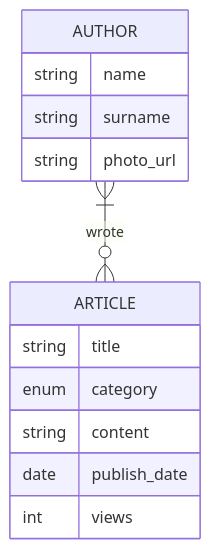
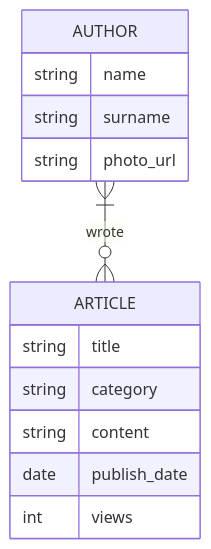
One commit to Arnasst/nereliacines-news-portal changed the first of 2 diagrams in README.md. Above: the diagram before and after it, drawn with Mermaid. The commit also changed other lines of this file and 3 other files, not shown here.

````diff
--- a/README.md
+++ b/README.md
@@ -41,20 +41,20 @@
 ```mermaid
 erDiagram
     ARTICLE {
         string title
-        enum category
+        string category
         string content
         date publish_date
         int views
     }
 
     AUTHOR {
         string name
         string surname
         string photo_url
     }
 
     AUTHOR }|--O{ ARTICLE : wrote
 
     %% Elasticsearch (text search) + Redis (view count)
 ```
````
